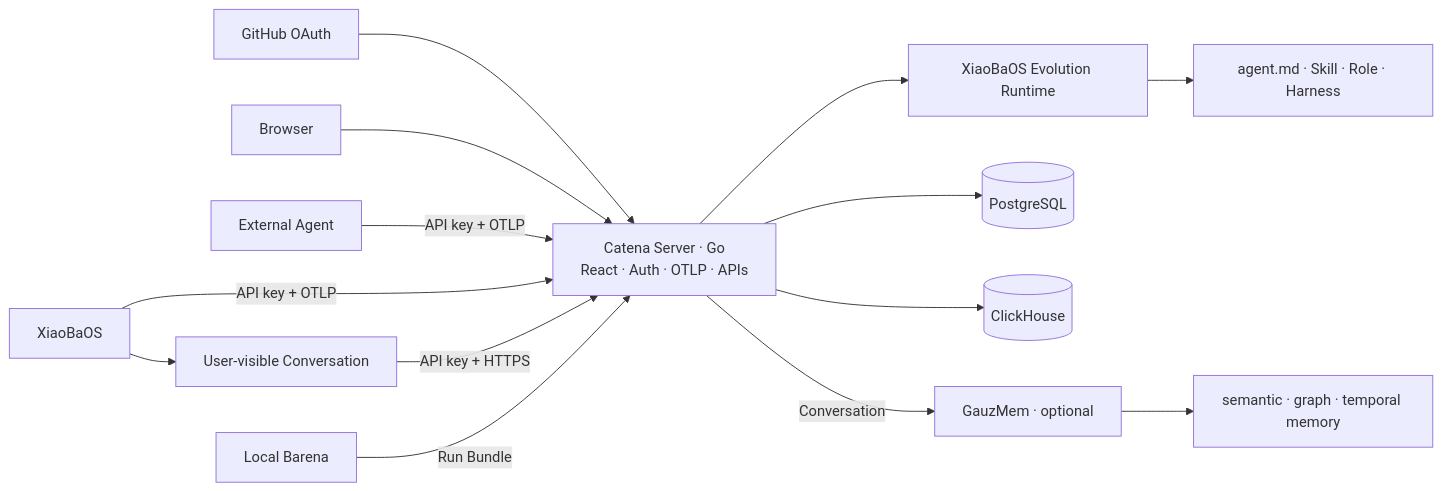
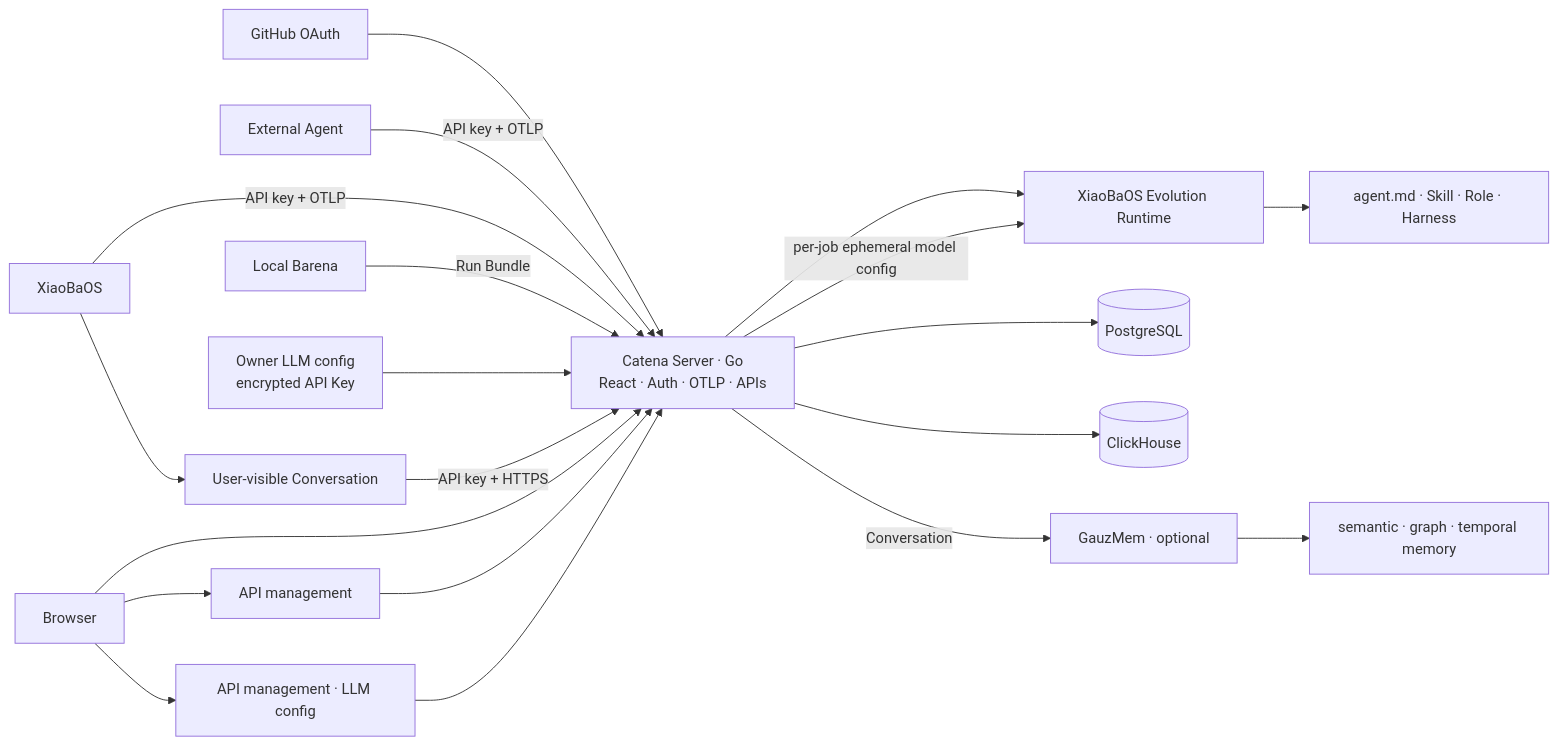
Before and after one commit to fightheyyy/CATENA: the first of 2 diagrams in SPEC.md, drawn with Mermaid. The commit also changed other lines of this file and 34 other files, not shown here.

Commit message:
Make API management owner-configured

````diff
--- a/SPEC.md
+++ b/SPEC.md
@@ -26,16 +26,22 @@
 ```mermaid
 flowchart LR
     GitHub["GitHub OAuth"] --> Go
     Browser["Browser"] --> Go["Catena Server · Go<br/>React · Auth · OTLP · APIs"]
     Runtime["External Agent"] -->|"API key + OTLP"| Go
     XiaoBa["XiaoBaOS"] -->|"API key + OTLP"| Go
     XiaoBa --> Conversation["User-visible Conversation"]
     Conversation -->|"API key + HTTPS"| Go
     Barena["Local Barena"] -->|"Run Bundle"| Go
     Go --> Runner["XiaoBaOS Evolution Runtime"]
+    OwnerModel["Owner LLM config<br/>encrypted API Key"] --> Go
+    Go -->|"per-job ephemeral model config"| Runner
     Runner --> Asset["agent.md · Skill · Role · Harness"]
     Go --> PG[("PostgreSQL")]
     Go --> CH[("ClickHouse")]
     Go -->|"Conversation"| Memory["GauzMem · optional"]
     Memory --> Recall["semantic · graph · temporal memory"]
+    Browser --> Keys["API management"]
+    Browser --> ModelSettings["API management · LLM config"]
+    ModelSettings --> Go
+    Keys --> Go
 ```
````
